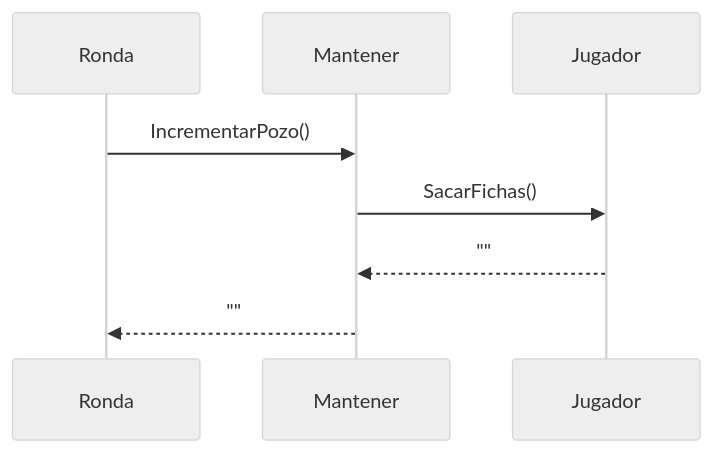
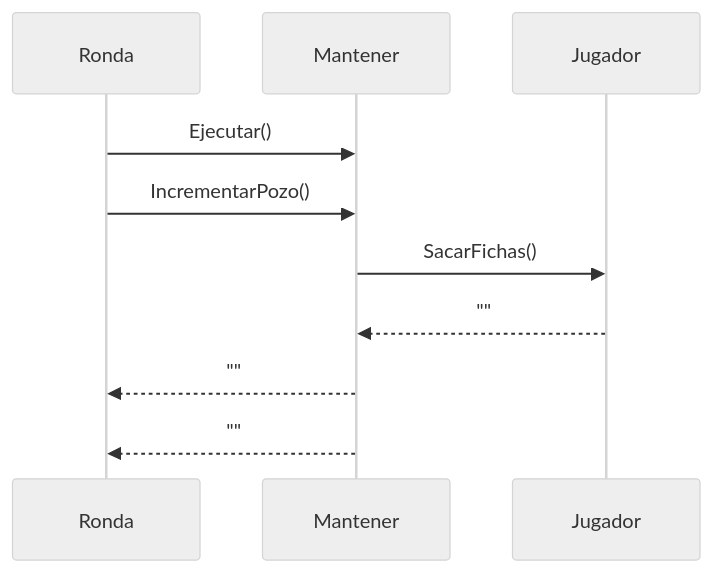
One commit to luchoxx87/Poker12 changed the fourth of 5 diagrams in Poker12.Core/LogicaRonda/README.md. Above: the diagram before and after it, drawn with Mermaid (neutral theme). The commit also changed other lines of this file, not shown here.

Commit message:
Corrección Diagrama de Secuencia

````diff
--- a/Poker12.Core/LogicaRonda/README.md
+++ b/Poker12.Core/LogicaRonda/README.md
@@ -68,11 +70,13 @@
 ```mermaid
 sequenceDiagram
     participant Ronda
     participant Mantener
     participant Jugador
 
+    Ronda ->> Mantener: Ejecutar()
     Ronda ->> Mantener: IncrementarPozo()
     Mantener ->> Jugador: SacarFichas()
     Jugador -->> Mantener: ""
     Mantener -->> Ronda: ""
+    Mantener -->> Ronda: ""
 ```
````
